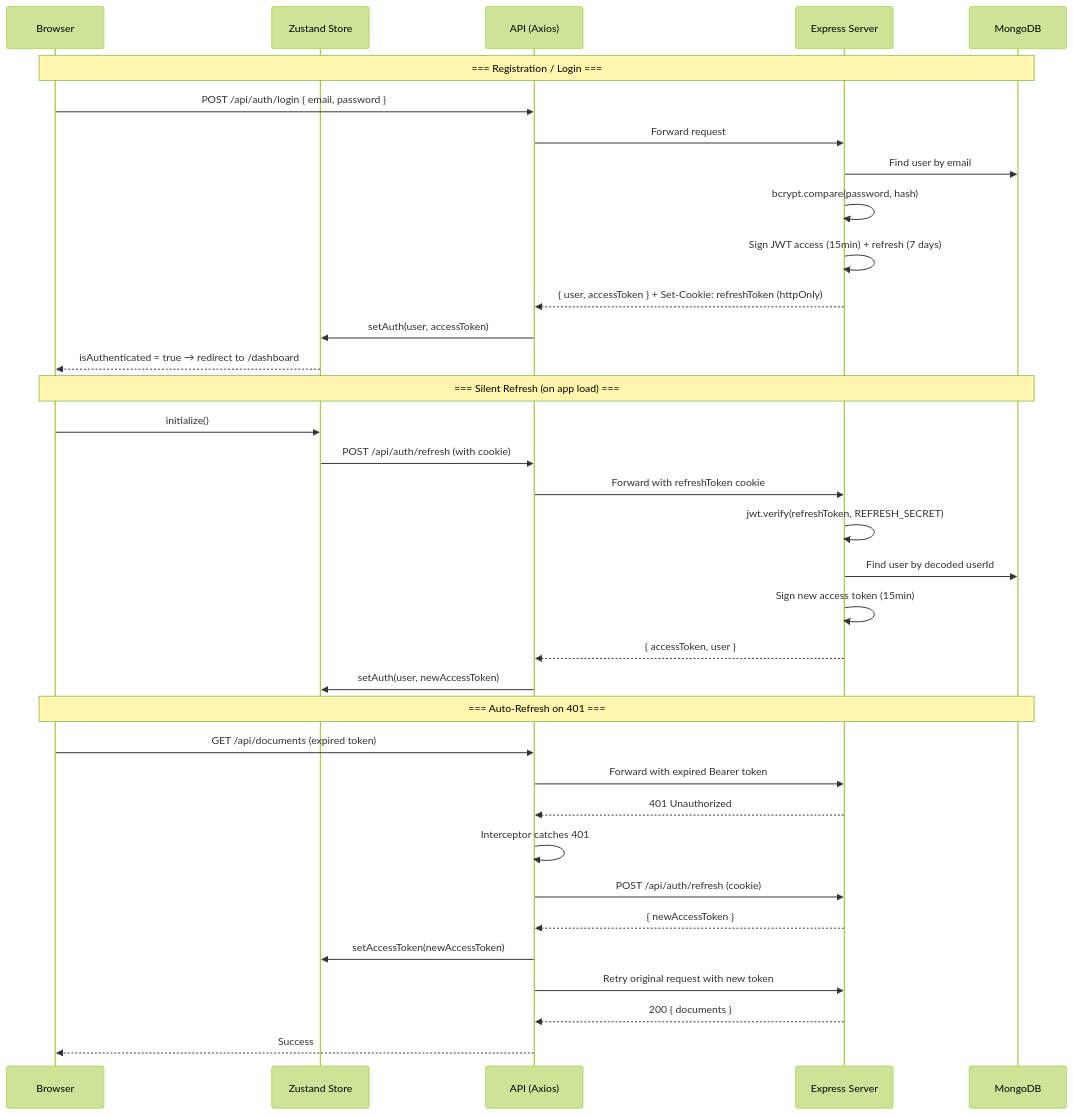
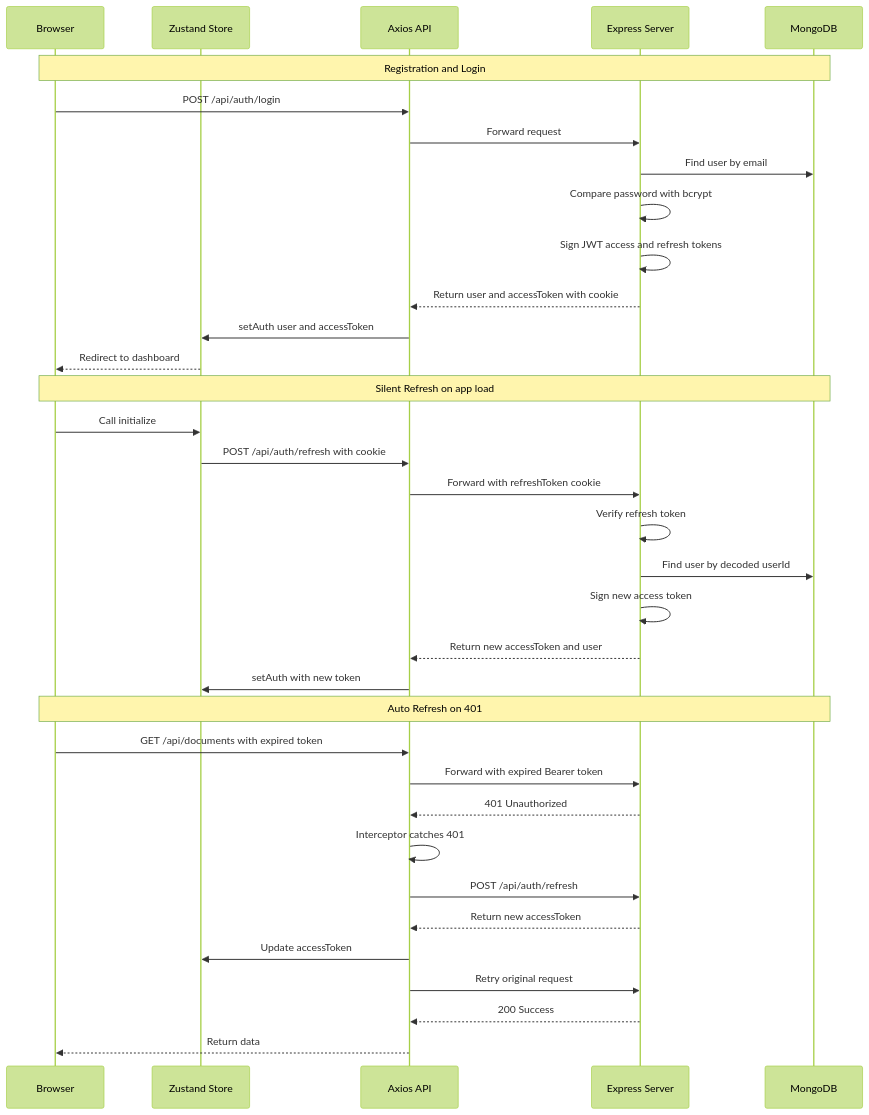
One commit to AniketB26/What-I-Signed changed the eighth of 9 diagrams in README.md. Above: the diagram before and after it, drawn with Mermaid (forest theme). The commit also changed other lines of this file, not shown here.

Commit message:
docs: rewrite all mermaid diagrams with GitHub-safe syntax

````diff
--- a/README.md
+++ b/README.md
@@ -569,40 +551,40 @@
 ```mermaid
 sequenceDiagram
     participant B as Browser
     participant Z as Zustand Store
-    participant A as API (Axios)
+    participant A as Axios API
     participant S as Express Server
     participant M as MongoDB
 
-    Note over B,M: === Registration / Login ===
-    B->>A: POST /api/auth/login { email, password }
+    Note over B,M: Registration and Login
+    B->>A: POST /api/auth/login
     A->>S: Forward request
     S->>M: Find user by email
-    S->>S: bcrypt.compare(password, hash)
-    S->>S: Sign JWT access (15min) + refresh (7 days)
-    S-->>A: { user, accessToken } + Set-Cookie: refreshToken (httpOnly)
-    A->>Z: setAuth(user, accessToken)
-    Z-->>B: isAuthenticated = true → redirect to /dashboard
+    S->>S: Compare password with bcrypt
+    S->>S: Sign JWT access and refresh tokens
+    S-->>A: Return user and accessToken with cookie
+    A->>Z: setAuth user and accessToken
+    Z-->>B: Redirect to dashboard
 
-    Note over B,M: === Silent Refresh (on app load) ===
-    B->>Z: initialize()
-    Z->>A: POST /api/auth/refresh (with cookie)
+    Note over B,M: Silent Refresh on app load
+    B->>Z: Call initialize
+    Z->>A: POST /api/auth/refresh with cookie
     A->>S: Forward with refreshToken cookie
-    S->>S: jwt.verify(refreshToken, REFRESH_SECRET)
+    S->>S: Verify refresh token
     S->>M: Find user by decoded userId
-    S->>S: Sign new access token (15min)
-    S-->>A: { accessToken, user }
-    A->>Z: setAuth(user, newAccessToken)
+    S->>S: Sign new access token
+    S-->>A: Return new accessToken and user
+    A->>Z: setAuth with new token
 
-    Note over B,M: === Auto-Refresh on 401 ===
-    B->>A: GET /api/documents (expired token)
+    Note over B,M: Auto Refresh on 401
+    B->>A: GET /api/documents with expired token
     A->>S: Forward with expired Bearer token
     S-->>A: 401 Unauthorized
     A->>A: Interceptor catches 401
-    A->>S: POST /api/auth/refresh (cookie)
-    S-->>A: { newAccessToken }
-    A->>Z: setAccessToken(newAccessToken)
-    A->>S: Retry original request with new token
-    S-->>A: 200 { documents }
-    A-->>B: Success
+    A->>S: POST /api/auth/refresh
+    S-->>A: Return new accessToken
+    A->>Z: Update accessToken
+    A->>S: Retry original request
+    S-->>A: 200 Success
+    A-->>B: Return data
 ```
````
